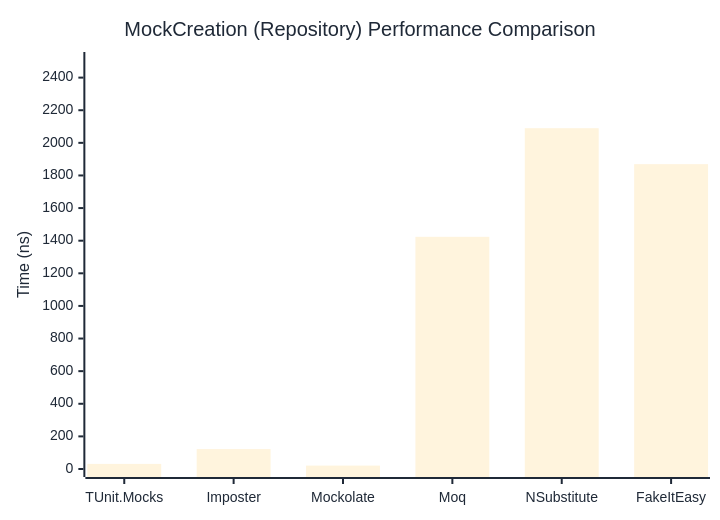
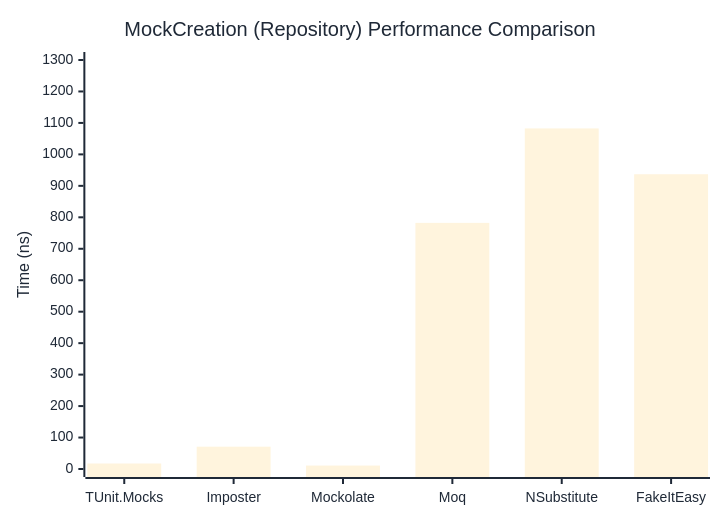
Before and after one commit to thomhurst/TUnit: the second of 2 diagrams in docs/docs/benchmarks/mocks/MockCreation.md, drawn with Mermaid. The commit also changed other lines of this file and 14 other files, not shown here.

````diff
--- a/docs/docs/benchmarks/mocks/MockCreation.md
+++ b/docs/docs/benchmarks/mocks/MockCreation.md
@@ -71,27 +71,27 @@
 ```mermaid
 %%{init: {
   'theme':'base',
   'themeVariables': {
     'primaryColor': '#2563eb',
     'primaryTextColor': '#1f2937',
     'primaryBorderColor': '#1e40af',
     'lineColor': '#6b7280',
     'secondaryColor': '#7c3aed',
     'tertiaryColor': '#dc2626',
     'background': '#ffffff',
     'pie1': '#2563eb',
     'pie2': '#7c3aed',
     'pie3': '#dc2626',
     'pie4': '#f59e0b',
     'pie5': '#10b981',
     'pie6': '#06b6d4',
     'pie7': '#ec4899',
     'pie8': '#6366f1'
   }
 }}%%
 xychart-beta
   title "MockCreation (Repository) Performance Comparison"
   x-axis ["TUnit.Mocks", "Imposter", "Mockolate", "Moq", "NSubstitute", "FakeItEasy"]
-  y-axis "Time (ns)" 0 --> 2508
-  bar [31.34, 122.13, 20.9, 1423.72, 2089.91, 1869.28]
+  y-axis "Time (ns)" 0 --> 1300
+  bar [17.51, 70.92, 10.98, 782.3, 1082.51, 936.88]
 ```
````
